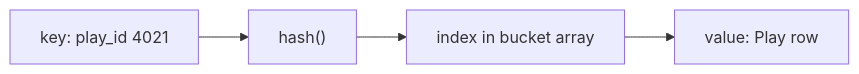
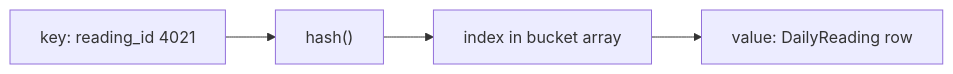
Before and after one commit to qgjones9/python-programming-guide: the first of 6 diagrams in docs/dsa/data-structures/hash-table/index.md, drawn with Mermaid. The commit also changed other lines of this file and 29 other files, not shown here.

````diff
--- a/docs/dsa/data-structures/hash-table/index.md
+++ b/docs/dsa/data-structures/hash-table/index.md
@@ -29,6 +29,6 @@
 ```mermaid
 flowchart LR
-  K["key: play_id 4021"] --> H["hash()"]
+  K["key: reading_id 4021"] --> H["hash()"]
   H --> I["index in bucket array"]
-  I --> V["value: Play row"]
+  I --> V["value: DailyReading row"]
 ```
````
